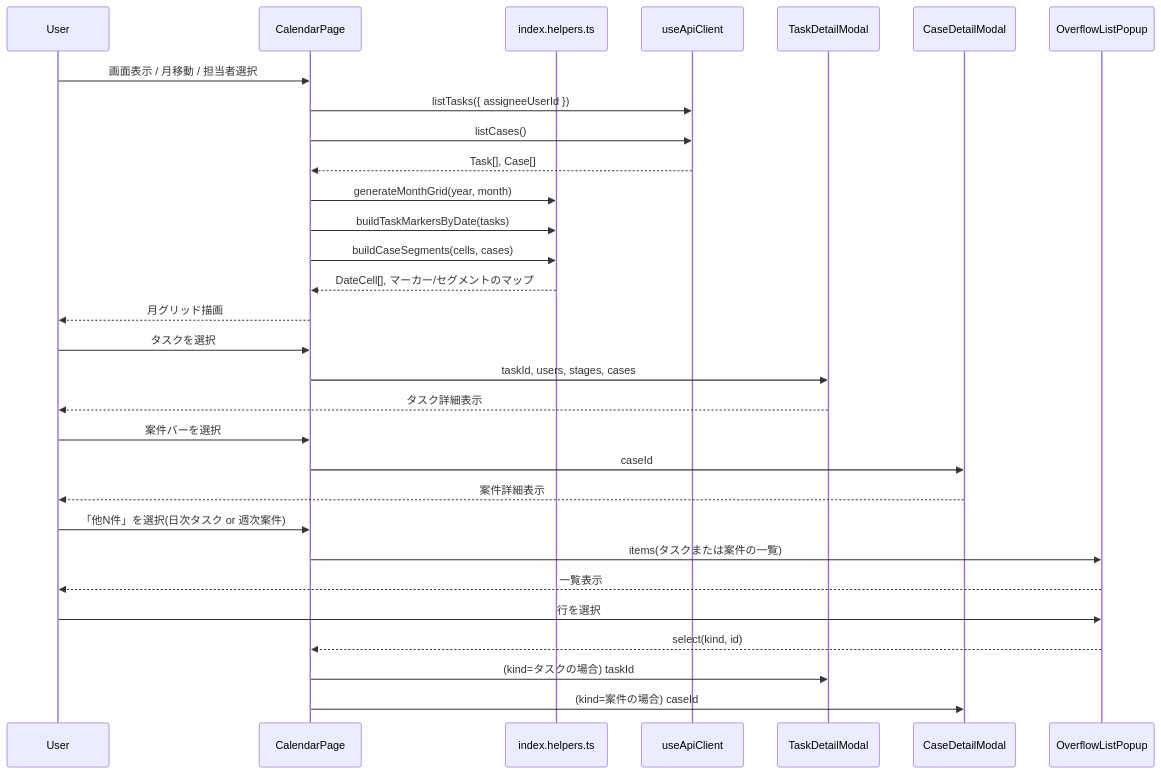
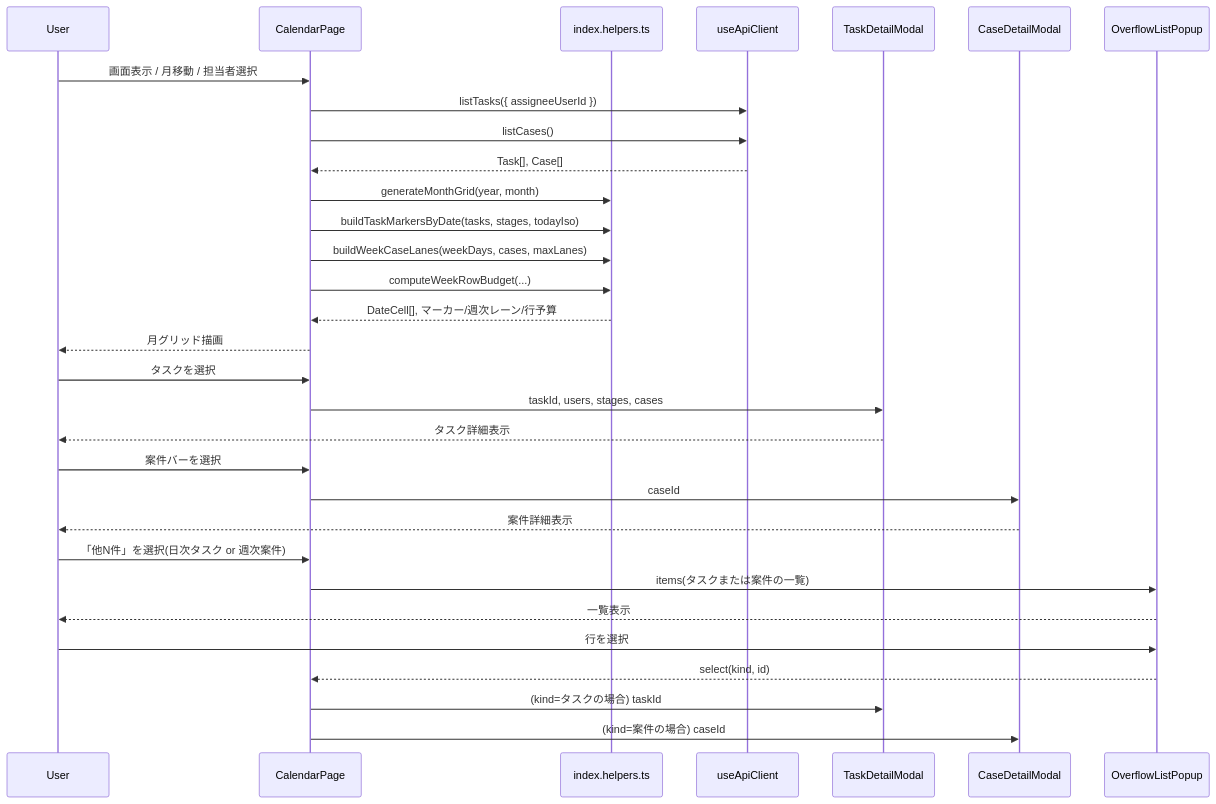
One commit to karasaki-wasabi/project-task-management changed the second of 3 diagrams in .kiro/specs/task-case-calendar/design.md. Above: the diagram before and after it, drawn with Mermaid. The commit also changed other lines of this file and 4 other files, not shown here.

First line of the commit message:
task-case-calendar実装後のドキュメントずれを解消する

````diff
--- a/.kiro/specs/task-case-calendar/design.md
+++ b/.kiro/specs/task-case-calendar/design.md
@@ -135,36 +136,37 @@
 ```mermaid
 sequenceDiagram
     participant User
     participant CalendarPage
     participant Helpers as index.helpers.ts
     participant Api as useApiClient
     participant TaskModal as TaskDetailModal
     participant CaseModal as CaseDetailModal
     participant Popup as OverflowListPopup
 
     User->>CalendarPage: 画面表示 / 月移動 / 担当者選択
     CalendarPage->>Api: listTasks({ assigneeUserId })
     CalendarPage->>Api: listCases()
     Api-->>CalendarPage: Task[], Case[]
     CalendarPage->>Helpers: generateMonthGrid(year, month)
-    CalendarPage->>Helpers: buildTaskMarkersByDate(tasks)
-    CalendarPage->>Helpers: buildCaseSegments(cells, cases)
-    Helpers-->>CalendarPage: DateCell[], マーカー/セグメントのマップ
+    CalendarPage->>Helpers: buildTaskMarkersByDate(tasks, stages, todayIso)
+    CalendarPage->>Helpers: buildWeekCaseLanes(weekDays, cases, maxLanes)
+    CalendarPage->>Helpers: computeWeekRowBudget(...)
+    Helpers-->>CalendarPage: DateCell[], マーカー/週次レーン/行予算
     CalendarPage-->>User: 月グリッド描画
 
     User->>CalendarPage: タスクを選択
     CalendarPage->>TaskModal: taskId, users, stages, cases
     TaskModal-->>User: タスク詳細表示
 
     User->>CalendarPage: 案件バーを選択
     CalendarPage->>CaseModal: caseId
     CaseModal-->>User: 案件詳細表示
 
     User->>CalendarPage: 「他N件」を選択(日次タスク or 週次案件)
     CalendarPage->>Popup: items(タスクまたは案件の一覧)
     Popup-->>User: 一覧表示
     User->>Popup: 行を選択
     Popup-->>CalendarPage: select(kind, id)
     CalendarPage->>TaskModal: (kind=タスクの場合) taskId
     CalendarPage->>CaseModal: (kind=案件の場合) caseId
 ```
````
